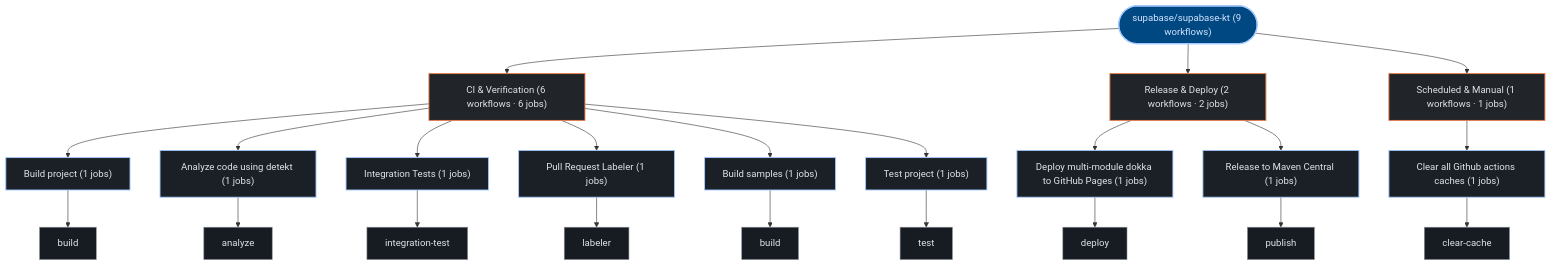
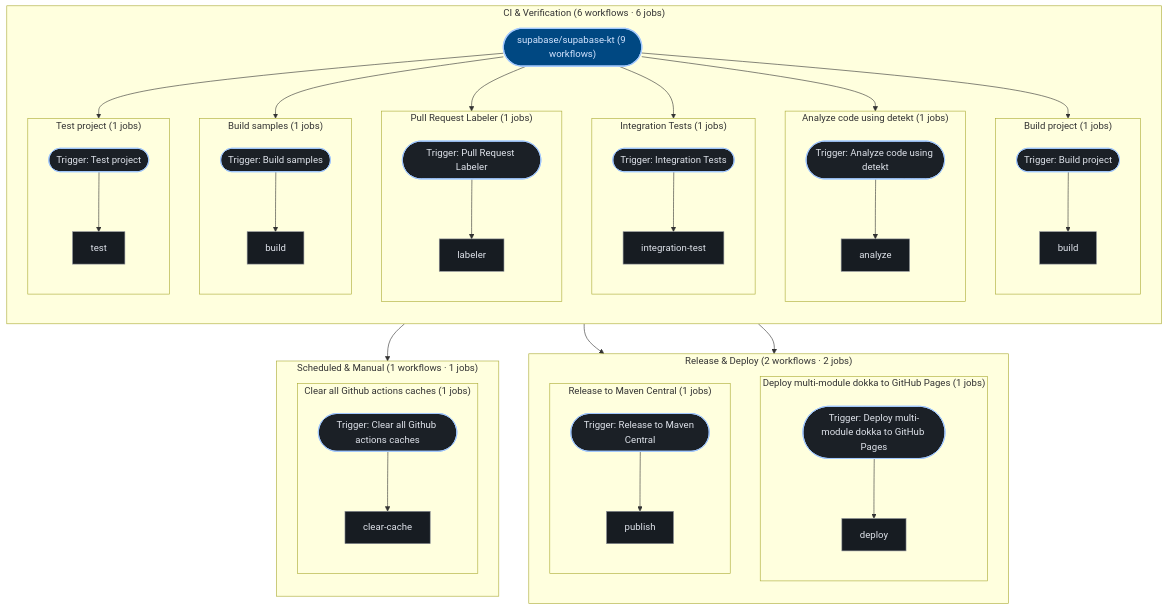
The second of 2 diagrams in exports/latest/reports/supabase-supabase-kt-report.md (kumarshaz/atruss-code-atlas), drawn with Mermaid before and after one commit. The commit also changed 181 other files, not shown here.

````diff
--- a/exports/latest/reports/supabase-supabase-kt-report.md
+++ b/exports/latest/reports/supabase-supabase-kt-report.md
@@ -99,46 +99,76 @@
   classDef atlasAlert fill:#93000a,stroke:#ffb4ab,stroke-width:1.5px,color:#ffdad6
   classDef atlasMore fill:#252a31,stroke:#8d9199,stroke-dasharray:4 4,color:#c3c6cf
   pipeline_root(["supabase/supabase-kt (9 workflows)"]):::atlasRoot
-  grp_0_CI___Verification["CI & Verification (6 workflows · 6 jobs)"]:::atlasCategory
-  pipeline_root --> grp_0_CI___Verification
-  wf_0_Build_project["Build project (1 jobs)"]:::atlasWorkflow
-  grp_0_CI___Verification --> wf_0_Build_project
-  job_0_build["build"]:::atlasJob
-  wf_0_Build_project --> job_0_build
-  wf_2_Analyze_code_using_detekt["Analyze code using detekt (1 jobs)"]:::atlasWorkflow
-  grp_0_CI___Verification --> wf_2_Analyze_code_using_detekt
-  job_2_analyze["analyze"]:::atlasJob
-  wf_2_Analyze_code_using_detekt --> job_2_analyze
-  wf_4_Integration_Tests["Integration Tests (1 jobs)"]:::atlasWorkflow
-  grp_0_CI___Verification --> wf_4_Integration_Tests
-  job_4_integration_test["integration-test"]:::atlasJob
-  wf_4_Integration_Tests --> job_4_integration_test
-  wf_5_Pull_Request_Labeler["Pull Request Labeler (1 jobs)"]:::atlasWorkflow
-  grp_0_CI___Verification --> wf_5_Pull_Request_Labeler
-  job_5_labeler["labeler"]:::atlasJob
-  wf_5_Pull_Request_Labeler --> job_5_labeler
-  wf_7_Build_samples["Build samples (1 jobs)"]:::atlasWorkflow
-  grp_0_CI___Verification --> wf_7_Build_samples
-  job_7_build["build"]:::atlasJob
-  wf_7_Build_samples --> job_7_build
-  wf_8_Test_project["Test project (1 jobs)"]:::atlasWorkflow
-  grp_0_CI___Verification --> wf_8_Test_project
-  job_8_test["test"]:::atlasJob
-  wf_8_Test_project --> job_8_test
-  grp_1_Release___Deploy["Release & Deploy (2 workflows · 2 jobs)"]:::atlasCategory
-  pipeline_root --> grp_1_Release___Deploy
-  wf_3_Deploy_multi_module_dokka_to_GitHub_Pages["Deploy multi-module dokka to GitHub Pages (1 jobs)"]:::atlasWorkflow
-  grp_1_Release___Deploy --> wf_3_Deploy_multi_module_dokka_to_GitHub_Pages
-  job_3_deploy["deploy"]:::atlasJob
-  wf_3_Deploy_multi_module_dokka_to_GitHub_Pages --> job_3_deploy
-  wf_6_Release_to_Maven_Central["Release to Maven Central (1 jobs)"]:::atlasWorkflow
-  grp_1_Release___Deploy --> wf_6_Release_to_Maven_Central
-  job_6_publish["publish"]:::atlasJob
-  wf_6_Release_to_Maven_Central --> job_6_publish
-  grp_2_Scheduled___Manual["Scheduled & Manual (1 workflows · 1 jobs)"]:::atlasCategory
-  pipeline_root --> grp_2_Scheduled___Manual
-  wf_1_Clear_all_Github_actions_caches["Clear all Github actions caches (1 jobs)"]:::atlasWorkflow
-  grp_2_Scheduled___Manual --> wf_1_Clear_all_Github_actions_caches
-  job_1_clear_cache["clear-cache"]:::atlasJob
-  wf_1_Clear_all_Github_actions_caches --> job_1_clear_cache
+  subgraph sg_grp_0_CI___Verification["CI & Verification (6 workflows · 6 jobs)"]
+    direction TB
+    subgraph sg_wf_0_Build_project["Build project (1 jobs)"]
+      direction TB
+      wf_0_Build_project(["Trigger: Build project"]):::atlasWorkflow
+      job_0_build["build"]:::atlasJob
+      wf_0_Build_project --> job_0_build
+    end
+    pipeline_root --> wf_0_Build_project
+    subgraph sg_wf_2_Analyze_code_using_detekt["Analyze code using detekt (1 jobs)"]
+      direction TB
+      wf_2_Analyze_code_using_detekt(["Trigger: Analyze code using detekt"]):::atlasWorkflow
+      job_2_analyze["analyze"]:::atlasJob
+      wf_2_Analyze_code_using_detekt --> job_2_analyze
+    end
+    pipeline_root --> wf_2_Analyze_code_using_detekt
+    subgraph sg_wf_4_Integration_Tests["Integration Tests (1 jobs)"]
+      direction TB
+      wf_4_Integration_Tests(["Trigger: Integration Tests"]):::atlasWorkflow
+      job_4_integration_test["integration-test"]:::atlasJob
+      wf_4_Integration_Tests --> job_4_integration_test
+    end
+    pipeline_root --> wf_4_Integration_Tests
+    subgraph sg_wf_5_Pull_Request_Labeler["Pull Request Labeler (1 jobs)"]
+      direction TB
+      wf_5_Pull_Request_Labeler(["Trigger: Pull Request Labeler"]):::atlasWorkflow
+      job_5_labeler["labeler"]:::atlasJob
+      wf_5_Pull_Request_Labeler --> job_5_labeler
+    end
+    pipeline_root --> wf_5_Pull_Request_Labeler
+    subgraph sg_wf_7_Build_samples["Build samples (1 jobs)"]
+      direction TB
+      wf_7_Build_samples(["Trigger: Build samples"]):::atlasWorkflow
+      job_7_build["build"]:::atlasJob
+      wf_7_Build_samples --> job_7_build
+    end
+    pipeline_root --> wf_7_Build_samples
+    subgraph sg_wf_8_Test_project["Test project (1 jobs)"]
+      direction TB
+      wf_8_Test_project(["Trigger: Test project"]):::atlasWorkflow
+      job_8_test["test"]:::atlasJob
+      wf_8_Test_project --> job_8_test
+    end
+    pipeline_root --> wf_8_Test_project
+  end
+  subgraph sg_grp_1_Release___Deploy["Release & Deploy (2 workflows · 2 jobs)"]
+    direction TB
+    subgraph sg_wf_3_Deploy_multi_module_dokka_to_GitHub_Pages["Deploy multi-module dokka to GitHub Pages (1 jobs)"]
+      direction TB
+      wf_3_Deploy_multi_module_dokka_to_GitHub_Pages(["Trigger: Deploy multi-module dokka to GitHub Pages"]):::atlasWorkflow
+      job_3_deploy["deploy"]:::atlasJob
+      wf_3_Deploy_multi_module_dokka_to_GitHub_Pages --> job_3_deploy
+    end
+    pipeline_root --> wf_3_Deploy_multi_module_dokka_to_GitHub_Pages
+    subgraph sg_wf_6_Release_to_Maven_Central["Release to Maven Central (1 jobs)"]
+      direction TB
+      wf_6_Release_to_Maven_Central(["Trigger: Release to Maven Central"]):::atlasWorkflow
+      job_6_publish["publish"]:::atlasJob
+      wf_6_Release_to_Maven_Central --> job_6_publish
+    end
+    pipeline_root --> wf_6_Release_to_Maven_Central
+  end
+  subgraph sg_grp_2_Scheduled___Manual["Scheduled & Manual (1 workflows · 1 jobs)"]
+    direction TB
+    subgraph sg_wf_1_Clear_all_Github_actions_caches["Clear all Github actions caches (1 jobs)"]
+      direction TB
+      wf_1_Clear_all_Github_actions_caches(["Trigger: Clear all Github actions caches"]):::atlasWorkflow
+      job_1_clear_cache["clear-cache"]:::atlasJob
+      wf_1_Clear_all_Github_actions_caches --> job_1_clear_cache
+    end
+    pipeline_root --> wf_1_Clear_all_Github_actions_caches
+  end
 ```
````
